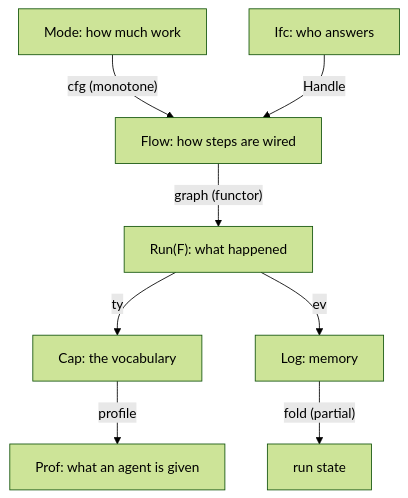
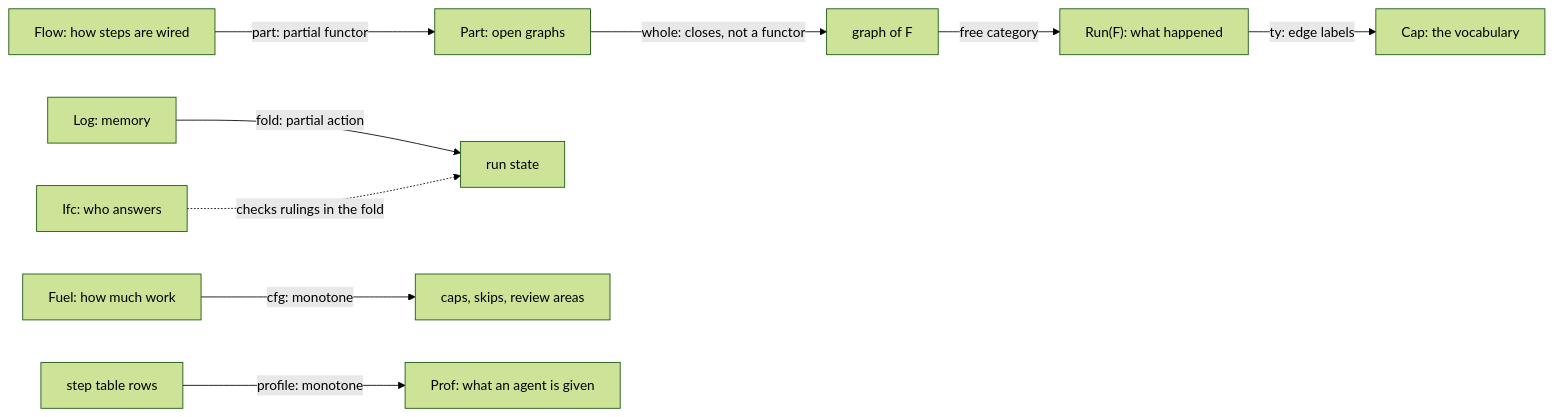
One commit to ILIYANGERMANOV/nixos changed the first of 7 diagrams in docs/harness/CATEGORY-THEORY.md. Above: the diagram before and after it, drawn with Mermaid (forest theme). The commit also changed other lines of this file and 27 other files, not shown here.

````diff
--- a/docs/harness/CATEGORY-THEORY.md
+++ b/docs/harness/CATEGORY-THEORY.md
@@ -3,10 +15,11 @@
 ```mermaid
-flowchart TD
-  Mode["Mode: how much work"] -->|"cfg (monotone)"| Flow["Flow: how steps are wired"]
-  Ifc["Ifc: who answers"] -->|"Handle"| Flow
-  Flow -->|"graph (functor)"| Run["Run(F): what happened"]
-  Run -->|"ty"| Cap["Cap: the vocabulary"]
-  Run -->|"ev"| Log["Log: memory"]
-  Log -->|"fold (partial)"| State["run state"]
-  Cap -->|"profile"| Prof["Prof: what an agent is given"]
+flowchart LR
+  Flow["Flow: how steps are wired"] -->|"part: partial functor"| Part["Part: open graphs"]
+  Part -->|"whole: closes, not a functor"| G["graph of F"]
+  G -->|"free category"| Run["Run(F): what happened"]
+  Run -->|"ty: edge labels"| Cap["Cap: the vocabulary"]
+  Log["Log: memory"] -->|"fold: partial action"| State["run state"]
+  Ifc["Ifc: who answers"] -.->|"checks rulings in the fold"| State
+  Fuel["Fuel: how much work"] -->|"cfg: monotone"| Budgets["caps, skips, review areas"]
+  Rows["step table rows"] -->|"profile: monotone"| Prof["Prof: what an agent is given"]
 ```
````
